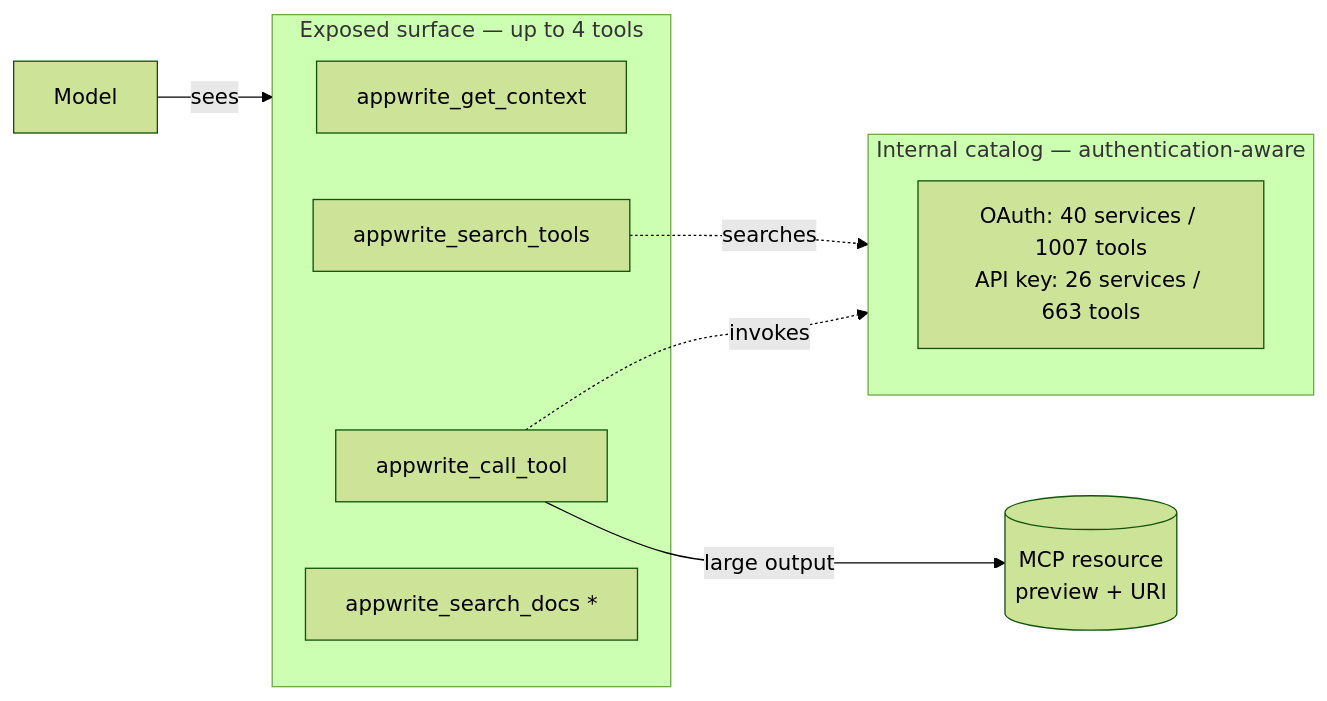
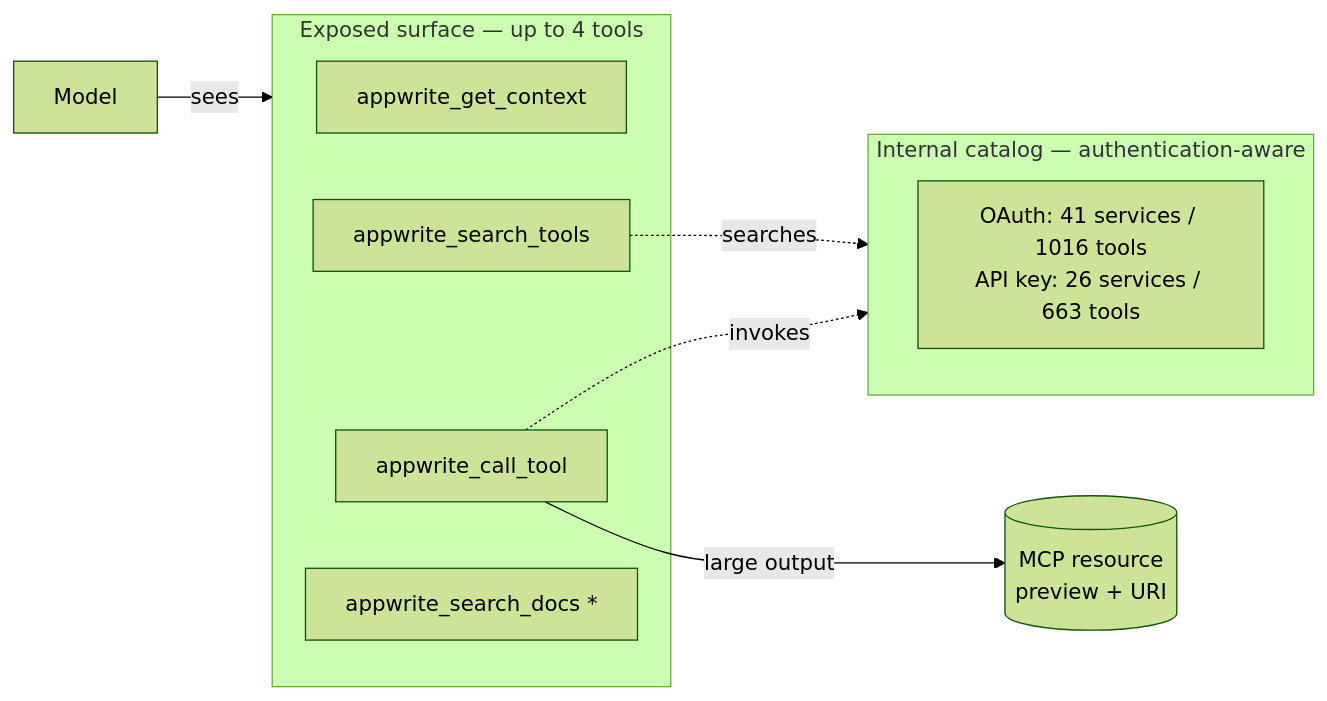
Before and after one commit to appwrite/mcp: the diagram in docs/tool-surface.md, drawn with Mermaid (forest theme). The commit also changed other lines of this file and 5 other files, not shown here.

````diff
--- a/docs/tool-surface.md
+++ b/docs/tool-surface.md
@@ -7,21 +7,21 @@
 ```mermaid
 flowchart LR
     M[Model] -->|sees| E
 
     subgraph E[Exposed surface — up to 4 tools]
         C[appwrite_get_context]
         ST[appwrite_search_tools]
         CT[appwrite_call_tool]
         SD[appwrite_search_docs *]
     end
 
     ST -.searches.-> CAT
     CT -.invokes.-> CAT
 
     subgraph CAT[Internal catalog — authentication-aware]
         direction LR
-        K[OAuth: 40 services / 1007 tools<br/>API key: 26 services / 663 tools]
+        K[OAuth: 41 services / 1016 tools<br/>API key: 26 services / 663 tools]
     end
 
     CT -->|large output| R[(MCP resource<br/>preview + URI)]
 ```
````
